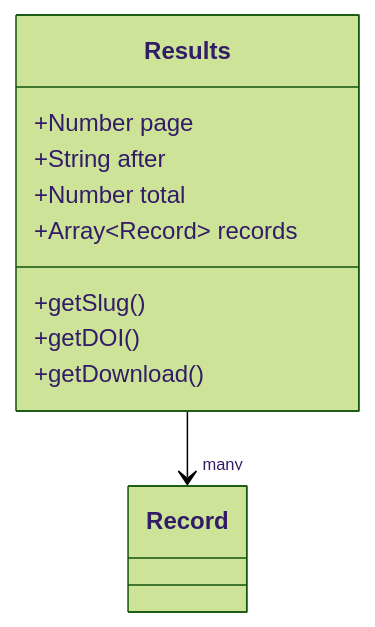
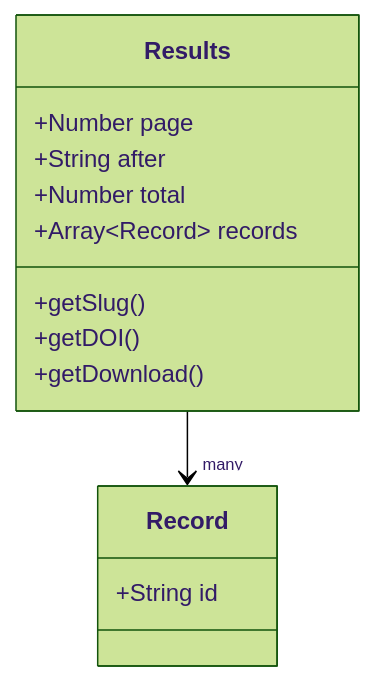
Before and after one commit to NaturalHistoryMuseum/portal-search-ui: the third of 3 diagrams in docs/models.md, drawn with Mermaid (forest theme).

Commit message:
docs: add id field to record so the diagram can render

````diff
--- a/docs/models.md
+++ b/docs/models.md
@@ -79,19 +79,19 @@
 ```mermaid
 classDiagram
 
 class Results {
     +Number page
     +String after
     +Number total
     +Array~Record~ records
     +getSlug()
     +getDOI()
     +getDownload()
 }
 
 class Record {
-
+    +String id
 }
 
 Results --> "many" Record
 ```
````
